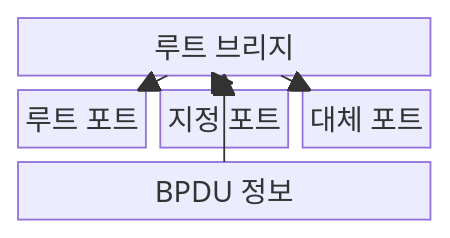
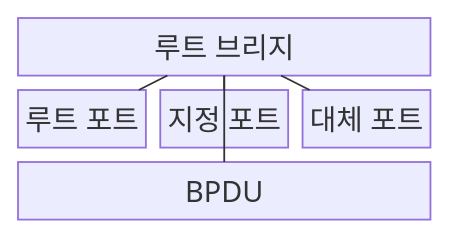
One commit to agnusdei1207/knowledge-base changed the first of 2 diagrams in src/content/docs/notes/04-network/017_stp_rstp_loop_prevention.md. Above: the diagram before and after it, drawn with Mermaid. The commit also changed other lines of this file and 493 other files, not shown here.

````diff
--- a/src/content/docs/notes/04-network/017_stp_rstp_loop_prevention.md
+++ b/src/content/docs/notes/04-network/017_stp_rstp_loop_prevention.md
@@ -66,13 +66,13 @@
 ```mermaid
 block-beta
     columns 3
     ROOT["루트 브리지"]:3
     RP["루트 포트"]
     DP["지정 포트"]
     AP["대체 포트"]
-    BPDU["BPDU 정보"]:3
-    ROOT --> RP
-    ROOT --> DP
-    ROOT --> AP
-    BPDU --> ROOT
+    BPDU["BPDU"]:3
+    ROOT --- RP
+    ROOT --- DP
+    ROOT --- AP
+    BPDU --- ROOT
 ```
````
